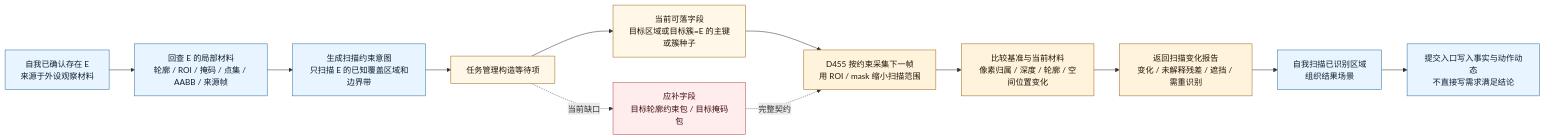
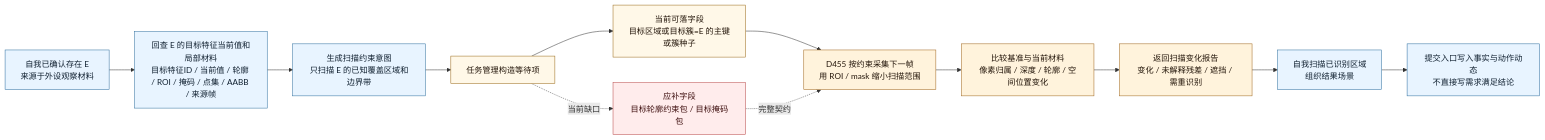
Before and after one commit to chunhaizh-cyber/Birthplace-of-digital-civilization: the third of 3 diagrams in 流程图/20260606_自我外设交互流程图_v0.1.md, drawn with Mermaid. The commit also changed other lines of this file and 5 other files, not shown here.

````diff
--- a/流程图/20260606_自我外设交互流程图_v0.1.md
+++ b/流程图/20260606_自我外设交互流程图_v0.1.md
@@ -196,31 +196,31 @@
 ```mermaid
 flowchart LR
     A["自我已确认存在 E<br/>来源于外设观察材料"]
-    B["回查 E 的局部材料<br/>轮廓 / ROI / 掩码 / 点集 / AABB / 来源帧"]
+    B["回查 E 的目标特征当前值和局部材料<br/>目标特征ID / 当前值 / 轮廓 / ROI / 掩码 / 点集 / AABB / 来源帧"]
     C["生成扫描约束意图<br/>只扫描 E 的已知覆盖区域和边界带"]
     D["任务管理构造等待项"]
     E["当前可落字段<br/>目标区域或目标簇=E 的主键或簇种子"]
     F["应补字段<br/>目标轮廓约束包 / 目标掩码包"]
     G["D455 按约束采集下一帧<br/>用 ROI / mask 缩小扫描范围"]
     H["比较基准与当前材料<br/>像素归属 / 深度 / 轮廓 / 空间位置变化"]
     I["返回扫描变化报告<br/>变化 / 未解释残差 / 遮挡 / 需重识别"]
     J["自我扫描已识别区域<br/>组织结果场景"]
     K["提交入口写入事实与动作动态<br/>不直接写需求满足结论"]
 
     A --> B --> C --> D --> E
     D -.当前缺口.-> F
     E --> G
     F -.完整契约.-> G
     G --> H --> I --> J --> K
 
     classDef self fill:#e8f4ff,stroke:#2f6f9f,color:#102030;
     classDef task fill:#fff8e8,stroke:#9a6a1a,color:#24160a;
     classDef d455 fill:#fff3dc,stroke:#a0671e,color:#24160a;
     classDef back fill:#eef7ed,stroke:#3f7f4f,color:#102010;
     classDef gap fill:#ffecec,stroke:#b84a4a,color:#401111;
 
     class A,B,C,J,K self;
     class D,E,F task;
     class G,H,I d455;
     class F gap;
 ```
````
